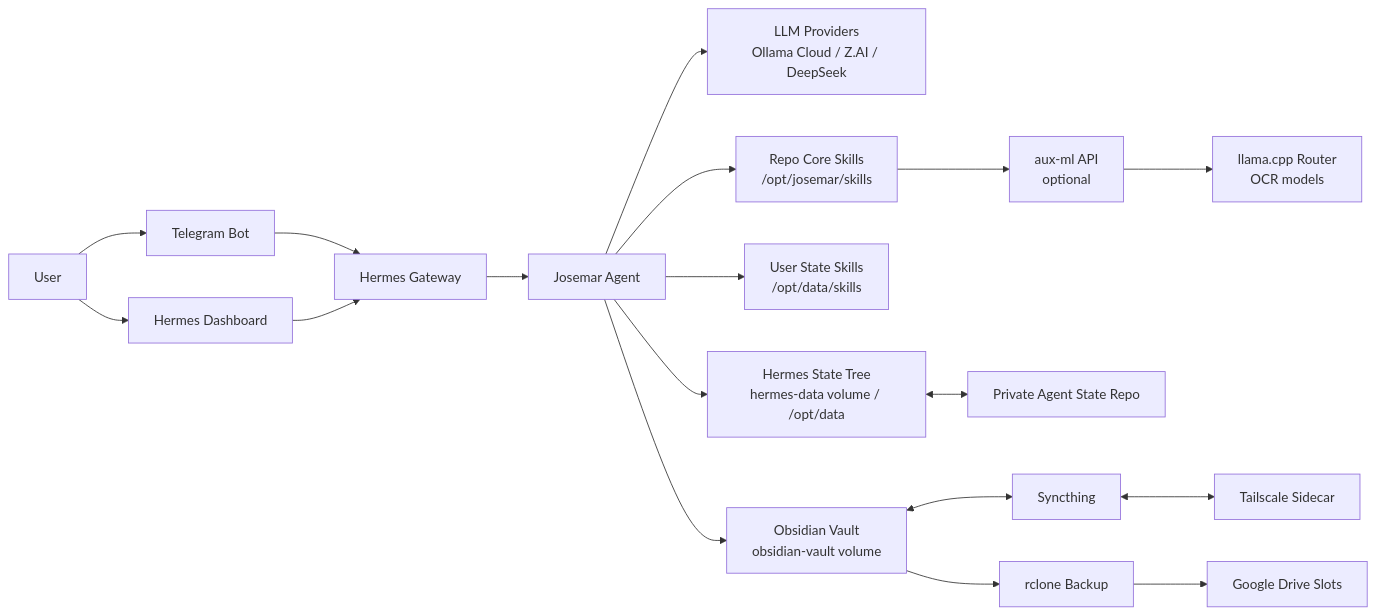
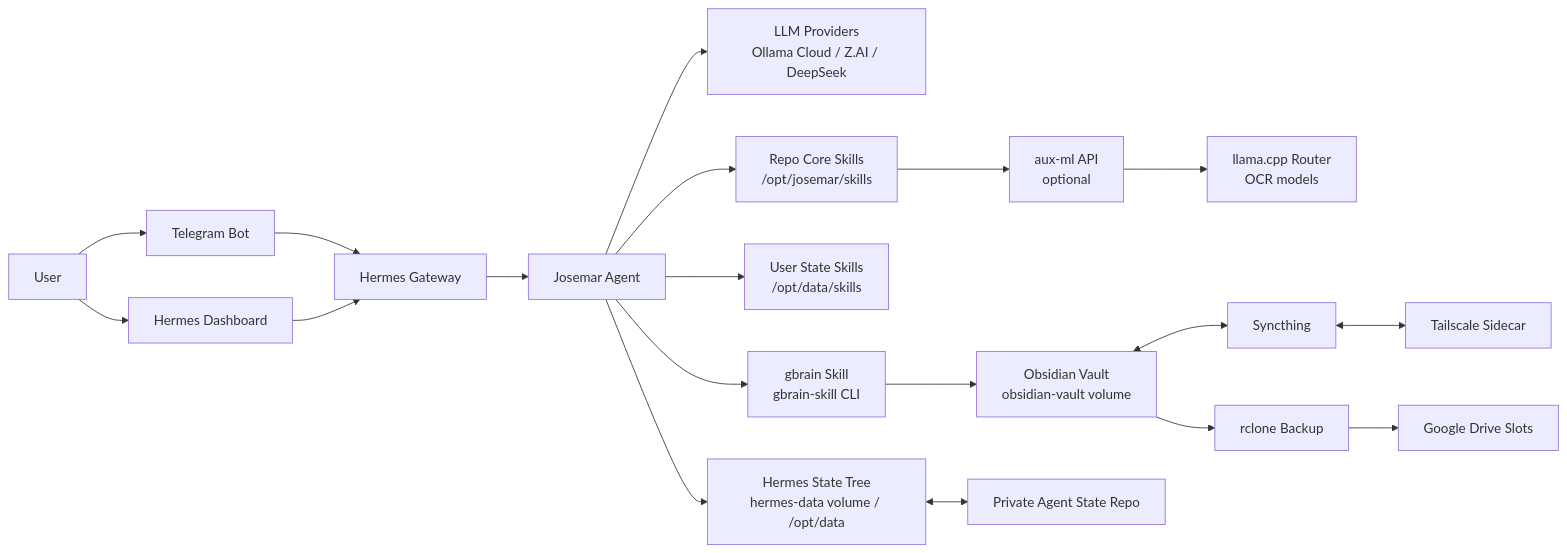
The first of 4 diagrams in README.md (Pedrohgv/josemar-assistente), drawn with Mermaid before and after one commit. The commit also changed other lines of this file, not shown here.

Commit message:
Update README with gbrain architecture, docs index, and volume details

````diff
--- a/README.md
+++ b/README.md
@@ -23,24 +23,25 @@
 ```mermaid
 flowchart LR
   User[User] --> Telegram[Telegram Bot]
   User --> Dashboard[Hermes Dashboard]
 
   Telegram --> Gateway[Hermes Gateway]
   Dashboard --> Gateway
 
   Gateway --> Agent[Josemar Agent]
   Agent --> Models[LLM Providers<br/>Ollama Cloud / Z.AI / DeepSeek]
   Agent --> CoreSkills[Repo Core Skills<br/>/opt/josemar/skills]
   Agent --> StateSkills[User State Skills<br/>/opt/data/skills]
-  Agent --> Vault[Obsidian Vault<br/>obsidian-vault volume]
+  Agent --> GBrain[gbrain Skill<br/>gbrain-skill CLI]
+  GBrain --> Vault[Obsidian Vault<br/>obsidian-vault volume]
 
   CoreSkills --> AuxML[aux-ml API<br/>optional]
   AuxML --> Llama[llama.cpp Router<br/>OCR models]
 
   Agent --> StateTree[Hermes State Tree<br/>hermes-data volume / /opt/data]
   StateTree <--> StateRepo[Private Agent State Repo]
   Vault <--> Syncthing[Syncthing]
   Syncthing <--> Tailscale[Tailscale Sidecar]
   Vault --> Backup[rclone Backup]
   Backup --> GDrive[Google Drive Slots]
 ```
````
